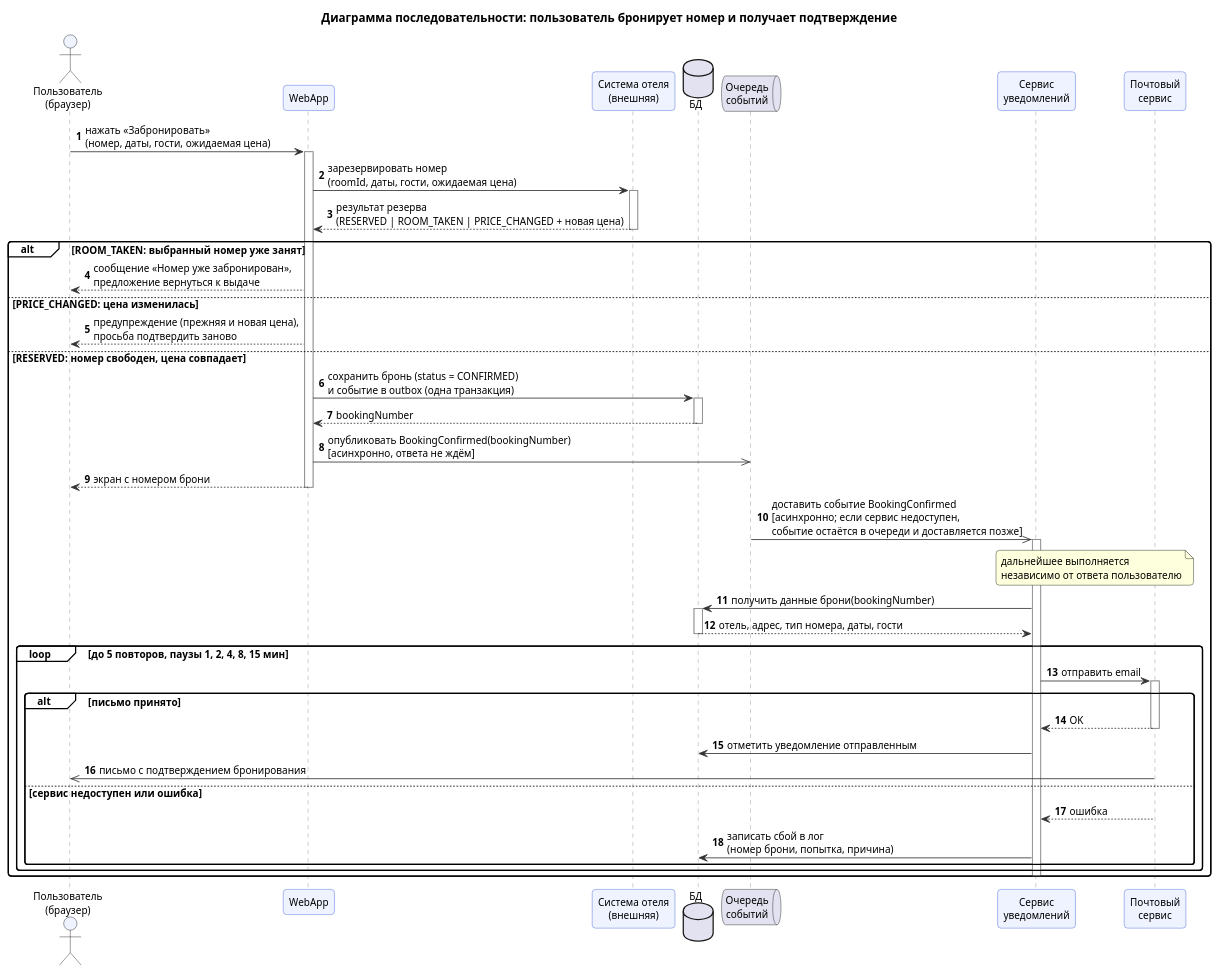
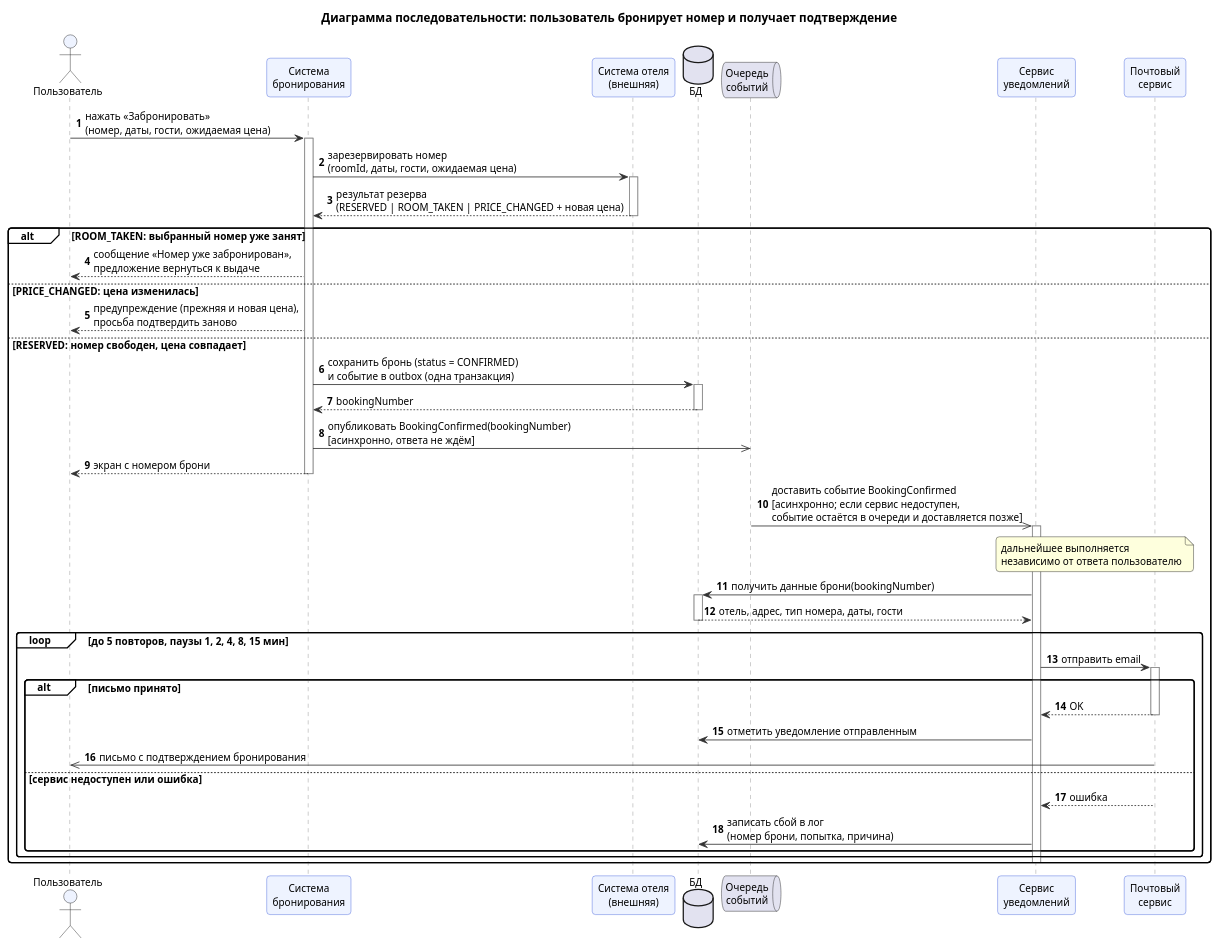
One commit to Remsely/cu-system-analysis changed the diagram in hw2/1_3_sequence.puml. Above: the diagram before and after it, drawn with PlantUML.

Commit message:
fix: rename WebApp participant to the booking system in sequence diagram
Claude-Session: https://claude.ai/code/session_01SJHMf92G1uTVkAQDfZWZSg

```diff
--- a/hw2/1_3_sequence.puml
+++ b/hw2/1_3_sequence.puml
@@ -1,67 +1,67 @@
 @startuml
 skinparam shadowing false
 skinparam defaultFontSize 12
 skinparam backgroundColor white
 skinparam roundCorner 8
 skinparam ArrowColor #333333
 skinparam wrapWidth 220
 title Диаграмма последовательности: пользователь бронирует номер и получает подтверждение
 skinparam sequence {
   ParticipantBackgroundColor #EEF3FF
   ParticipantBorderColor #3B5BDB
   ActorBackgroundColor #EEF3FF
   LifeLineBorderColor #888888
   GroupBackgroundColor #FFFFFF
 }
 autonumber "<b>0"
-actor "Пользователь\n(браузер)" as U
-participant "WebApp" as W
+actor "Пользователь" as U
+participant "Система\nбронирования" as W
 participant "Система отеля\n(внешняя)" as H
 database "БД" as DB
 queue "Очередь\nсобытий" as Q
 participant "Сервис\nуведомлений" as N
 participant "Почтовый\nсервис" as M
 
 U -> W : нажать «Забронировать»\n(номер, даты, гости, ожидаемая цена)
 activate W
 W -> H : зарезервировать номер\n(roomId, даты, гости, ожидаемая цена)
 activate H
 H --> W : результат резерва\n(RESERVED | ROOM_TAKEN | PRICE_CHANGED + новая цена)
 deactivate H
 
 alt ROOM_TAKEN: выбранный номер уже занят
   W --> U : сообщение «Номер уже забронирован»,\nпредложение вернуться к выдаче
 else PRICE_CHANGED: цена изменилась
   W --> U : предупреждение (прежняя и новая цена),\nпросьба подтвердить заново
 else RESERVED: номер свободен, цена совпадает
   W -> DB : сохранить бронь (status = CONFIRMED)\nи событие в outbox (одна транзакция)
   activate DB
   DB --> W : bookingNumber
   deactivate DB
   W ->> Q : опубликовать BookingConfirmed(bookingNumber)\n[асинхронно, ответа не ждём]
   W --> U : экран с номером брони
   deactivate W
   Q ->> N : доставить событие BookingConfirmed\n[асинхронно; если сервис недоступен,\nсобытие остаётся в очереди и доставляется позже]
 
   note over N, M : дальнейшее выполняется независимо от ответа пользователю
   activate N
   N -> DB : получить данные брони(bookingNumber)
   activate DB
   DB --> N : отель, адрес, тип номера, даты, гости
   deactivate DB
   loop до 5 повторов, паузы 1, 2, 4, 8, 15 мин
     N -> M : отправить email
     activate M
     alt письмо принято
       M --> N : OK
       deactivate M
       N -> DB : отметить уведомление отправленным
       M ->> U : письмо с подтверждением бронирования
     else сервис недоступен или ошибка
       M --> N : ошибка
       N -> DB : записать сбой в лог\n(номер брони, попытка, причина)
     end
   end
   deactivate N
 end
 @enduml
```
